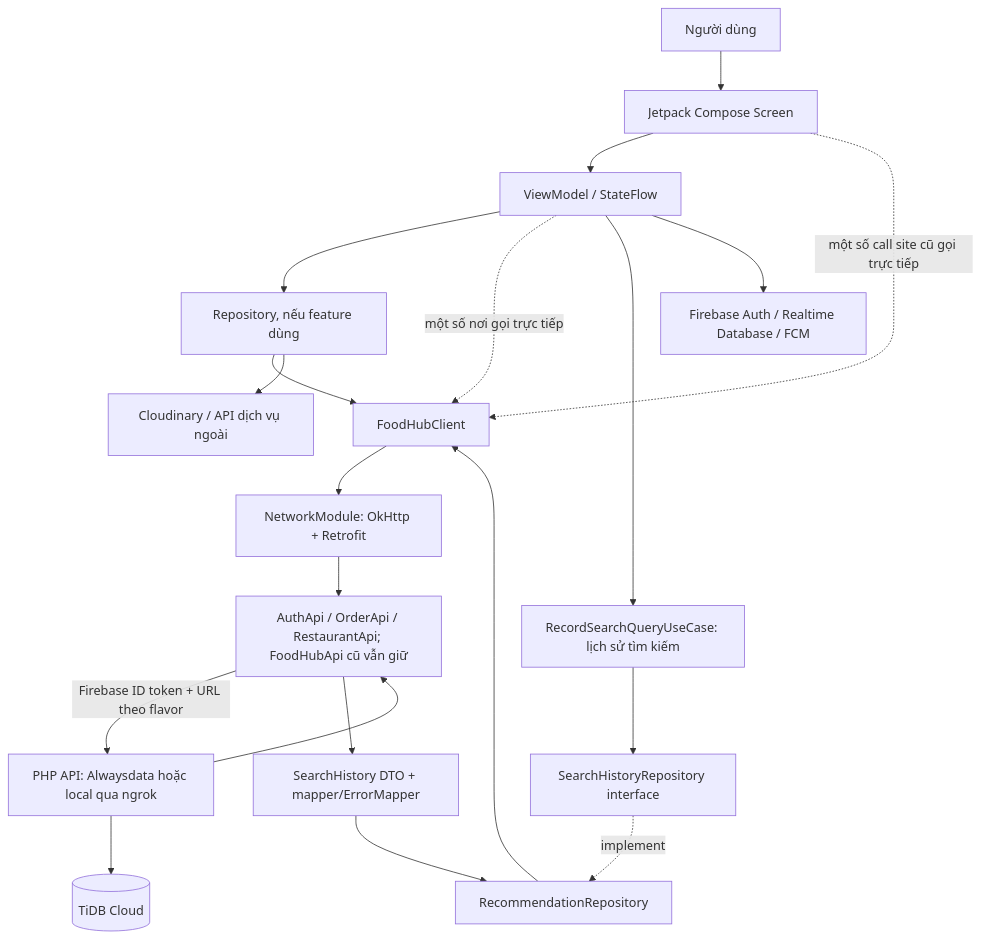
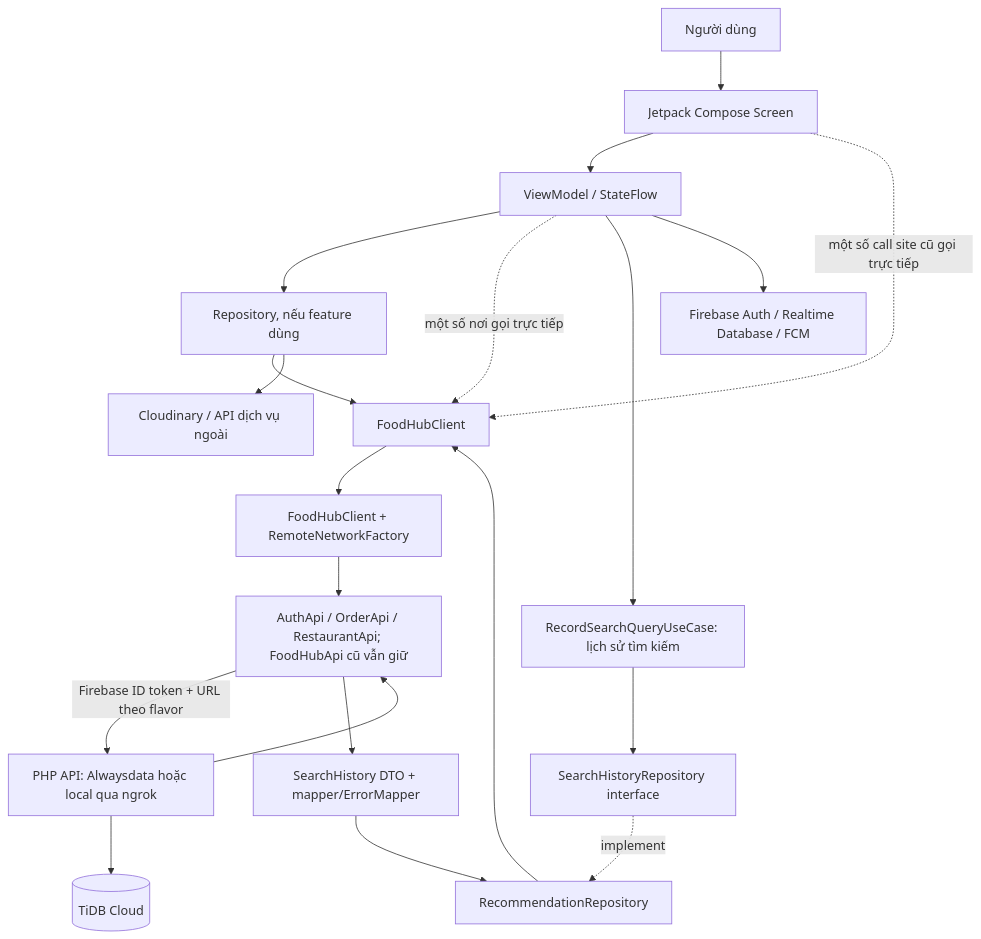
Before and after one commit to NgocAnh3042/DACS_3_Composer: the first of 2 diagrams in docs/ANDROID_ARCHITECTURE.md, drawn with Mermaid. The commit also changed other lines of this file and 16 other files, not shown here.

````diff
--- a/docs/ANDROID_ARCHITECTURE.md
+++ b/docs/ANDROID_ARCHITECTURE.md
@@ -7,22 +7,22 @@
 ```mermaid
 flowchart TD
     User[Người dùng] --> Screen[Jetpack Compose Screen]
     Screen --> VM[ViewModel / StateFlow]
     VM --> Repo[Repository, nếu feature dùng]
     VM -. một số nơi gọi trực tiếp .-> Client[FoodHubClient]
     Screen -. một số call site cũ gọi trực tiếp .-> Client
     Repo --> Client
     VM --> UC[RecordSearchQueryUseCase: lịch sử tìm kiếm]
     UC --> Contract[SearchHistoryRepository interface]
     Contract -. implement .-> Impl[RecommendationRepository]
     Impl --> Client
-    Client --> Network[NetworkModule: OkHttp + Retrofit]
+    Client --> Network[FoodHubClient + RemoteNetworkFactory]
     Network --> Groups[AuthApi / OrderApi / RestaurantApi; FoodHubApi cũ vẫn giữ]
     Groups -->|Firebase ID token + URL theo flavor| PHP[PHP API: Alwaysdata hoặc local qua ngrok]
     PHP --> Groups
     Groups --> Mapping[SearchHistory DTO + mapper/ErrorMapper]
     Mapping --> Impl
     PHP --> DB[(TiDB Cloud)]
     VM --> Firebase[Firebase Auth / Realtime Database / FCM]
     Repo --> External[Cloudinary / API dịch vụ ngoài]
 ```
````
